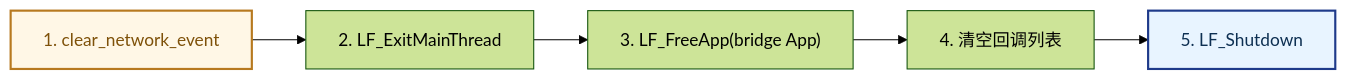
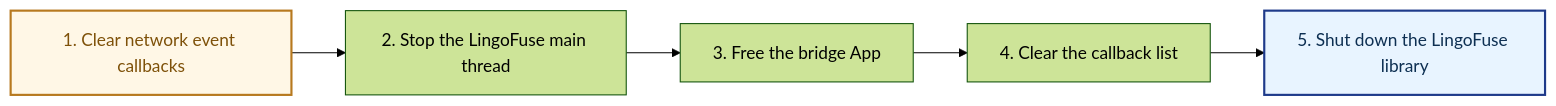
Diagram 19 of 20 in Py/lingofuse/Bridge_User_Guide.md (PassByYou888/LingoFuse), drawn with Mermaid (forest theme) before and after one commit. The commit also changed other lines of this file, not shown here.

````diff
--- a/Py/lingofuse/Bridge_User_Guide.md
+++ b/Py/lingofuse/Bridge_User_Guide.md
@@ -921,10 +1254,10 @@
 ```mermaid
 flowchart LR
-    A["1. clear_network_event"] --> B["2. LF_ExitMainThread"]
-    B --> C["3. LF_FreeApp(bridge App)"]
-    C --> D["4. 清空回调列表"]
-    D --> E["5. LF_Shutdown"]
+    A["1. Clear network event callbacks"] --> B["2. Stop the LingoFuse main thread"]
+    B --> C["3. Free the bridge App"]
+    C --> D["4. Clear the callback list"]
+    D --> E["5. Shut down the LingoFuse library"]
 
     style A fill:#FFF7E6,stroke:#B7791F,stroke-width:2px,color:#7E5109
     style E fill:#E8F4FF,stroke:#1E3A8A,stroke-width:2px,color:#0D2F52
 ```
````
